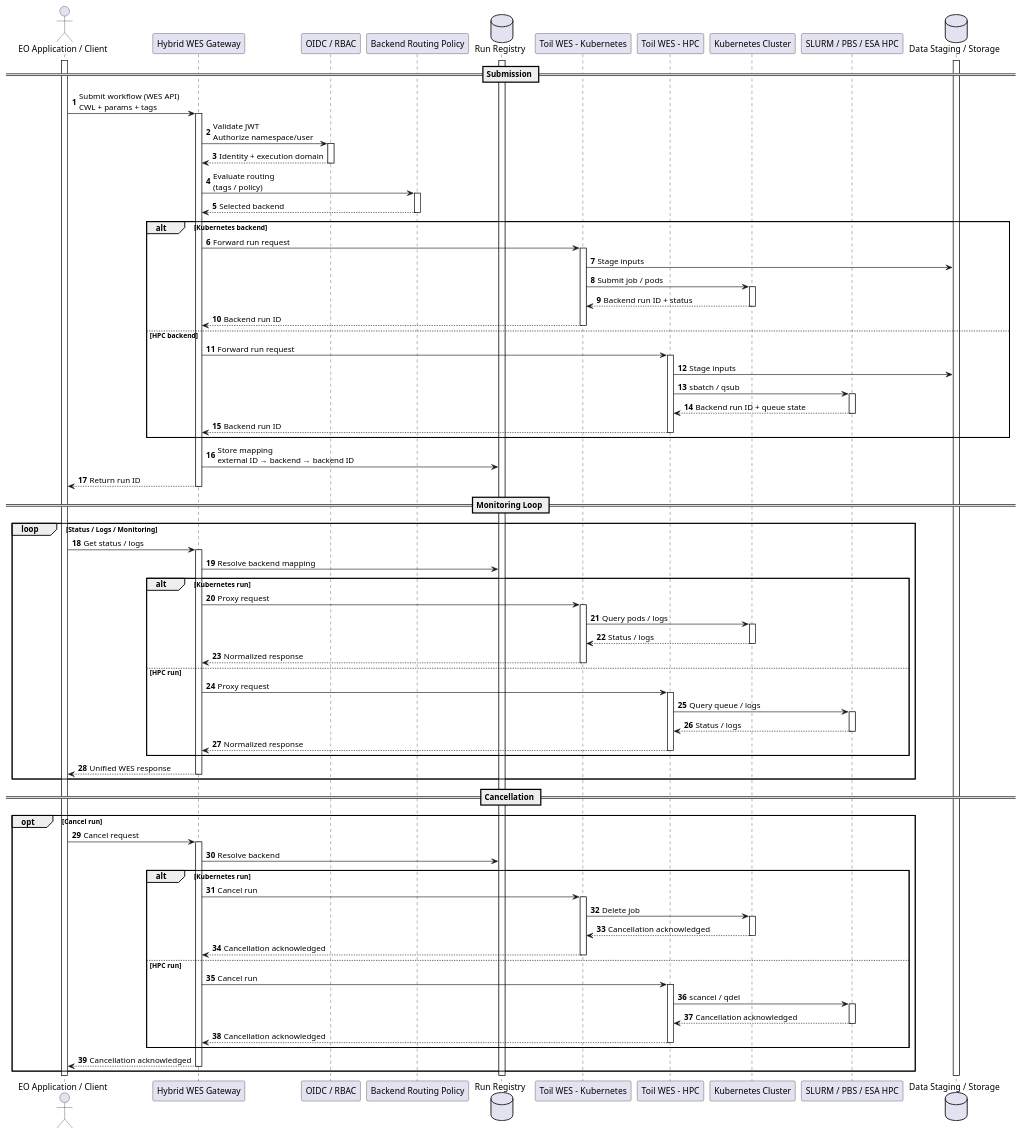
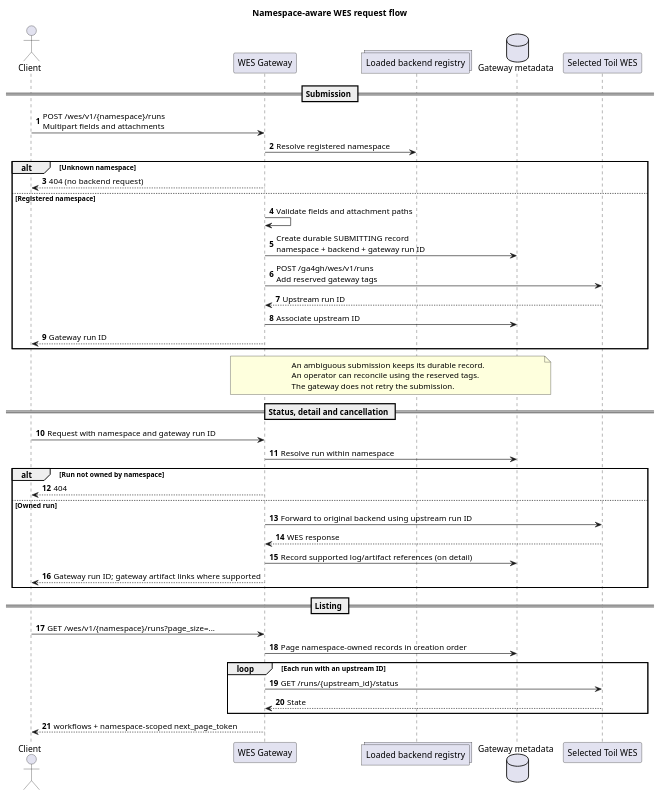
One commit to EOEPCA/wes-gateway changed the diagram in docs/diagrams/src/sequence.puml. Above: the diagram before and after it, drawn with PlantUML. The commit also changed 53 other files, not shown here.

```diff
--- a/docs/diagrams/src/sequence.puml
+++ b/docs/diagrams/src/sequence.puml
@@ -1,91 +1,49 @@
 @startuml
 autonumber
-
-actor Client as "EO Application / Client"
-participant GW as "Hybrid WES Gateway"
-participant Auth as "OIDC / RBAC"
-participant Policy as "Backend Routing Policy"
-database Registry as "Run Registry"
-participant K8sWES as "Toil WES - Kubernetes"
-participant HPCWES as "Toil WES - HPC"
-participant K8s as "Kubernetes Cluster"
-participant HPC as "SLURM / PBS / ESA HPC"
-database Data as "Data Staging / Storage"
-
-activate Client
-activate Registry
-activate Data
+title Namespace-aware WES request flow
+actor Client
+participant "WES Gateway" as GW
+collections "Loaded backend registry" as Config
+database "Gateway metadata" as DB
+participant "Selected Toil WES" as Toil
 
 == Submission ==
+Client -> GW : POST /wes/v1/{namespace}/runs\nMultipart fields and attachments
+GW -> Config : Resolve registered namespace
+alt Unknown namespace
+  GW --> Client : 404 (no backend request)
+else Registered namespace
+  GW -> GW : Validate fields and attachment paths
+  GW -> DB : Create durable SUBMITTING record\nnamespace + backend + gateway run ID
+  GW -> Toil : POST /ga4gh/wes/v1/runs\nAdd reserved gateway tags
+  Toil --> GW : Upstream run ID
+  GW -> DB : Associate upstream ID
+  GW --> Client : Gateway run ID
+end
+note over GW,DB
+An ambiguous submission keeps its durable record.
+An operator can reconcile using the reserved tags.
+The gateway does not retry the submission.
+end note
 
-Client -> GW ++ : Submit workflow (WES API)\nCWL + params + tags
-GW -> Auth ++ : Validate JWT\nAuthorize namespace/user
-Auth --> GW -- : Identity + execution domain
-
-GW -> Policy ++ : Evaluate routing\n(tags / policy)
-Policy --> GW -- : Selected backend
-
-alt Kubernetes backend
-    GW -> K8sWES ++ : Forward run request
-    K8sWES -> Data : Stage inputs
-    K8sWES -> K8s ++ : Submit job / pods
-    K8s --> K8sWES -- : Backend run ID + status
-    K8sWES --> GW -- : Backend run ID
-else HPC backend
-    GW -> HPCWES ++ : Forward run request
-    HPCWES -> Data : Stage inputs
-    HPCWES -> HPC ++ : sbatch / qsub
-    HPC --> HPCWES -- : Backend run ID + queue state
-    HPCWES --> GW -- : Backend run ID
+== Status, detail and cancellation ==
+Client -> GW : Request with namespace and gateway run ID
+GW -> DB : Resolve run within namespace
+alt Run not owned by namespace
+  GW --> Client : 404
+else Owned run
+  GW -> Toil : Forward to original backend using upstream run ID
+  Toil --> GW : WES response
+  GW -> DB : Record supported log/artifact references (on detail)
+  GW --> Client : Gateway run ID; gateway artifact links where supported
 end
 
-GW -> Registry : Store mapping\nexternal ID → backend → backend ID
-GW --> Client -- : Return run ID
-
-== Monitoring Loop ==
-
-loop Status / Logs / Monitoring
-    Client -> GW ++ : Get status / logs
-    GW -> Registry : Resolve backend mapping
-
-    alt Kubernetes run
-        GW -> K8sWES ++ : Proxy request
-        K8sWES -> K8s ++ : Query pods / logs
-        K8s --> K8sWES -- : Status / logs
-        K8sWES --> GW -- : Normalized response
-    else HPC run
-        GW -> HPCWES ++ : Proxy request
-        HPCWES -> HPC ++ : Query queue / logs
-        HPC --> HPCWES -- : Status / logs
-        HPCWES --> GW -- : Normalized response
-    end
-
-    GW --> Client -- : Unified WES response
+== Listing ==
+Client -> GW : GET /wes/v1/{namespace}/runs?page_size=...
+GW -> DB : Page namespace-owned records in creation order
+loop Each run with an upstream ID
+  GW -> Toil : GET /runs/{upstream_id}/status
+  Toil --> GW : State
 end
-
-== Cancellation ==
-
-opt Cancel run
-    Client -> GW ++ : Cancel request
-    GW -> Registry : Resolve backend
-
-    alt Kubernetes run
-        GW -> K8sWES ++ : Cancel run
-        K8sWES -> K8s ++ : Delete job
-        K8s --> K8sWES -- : Cancellation acknowledged
-        K8sWES --> GW -- : Cancellation acknowledged
-    else HPC run
-        GW -> HPCWES ++ : Cancel run
-        HPCWES -> HPC ++ : scancel / qdel
-        HPC --> HPCWES -- : Cancellation acknowledged
-        HPCWES --> GW -- : Cancellation acknowledged
-    end
-
-    GW --> Client -- : Cancellation acknowledged
-end
-
-deactivate Client
-deactivate Registry
-deactivate Data
-
+GW --> Client : workflows + namespace-scoped next_page_token
 @enduml
```
